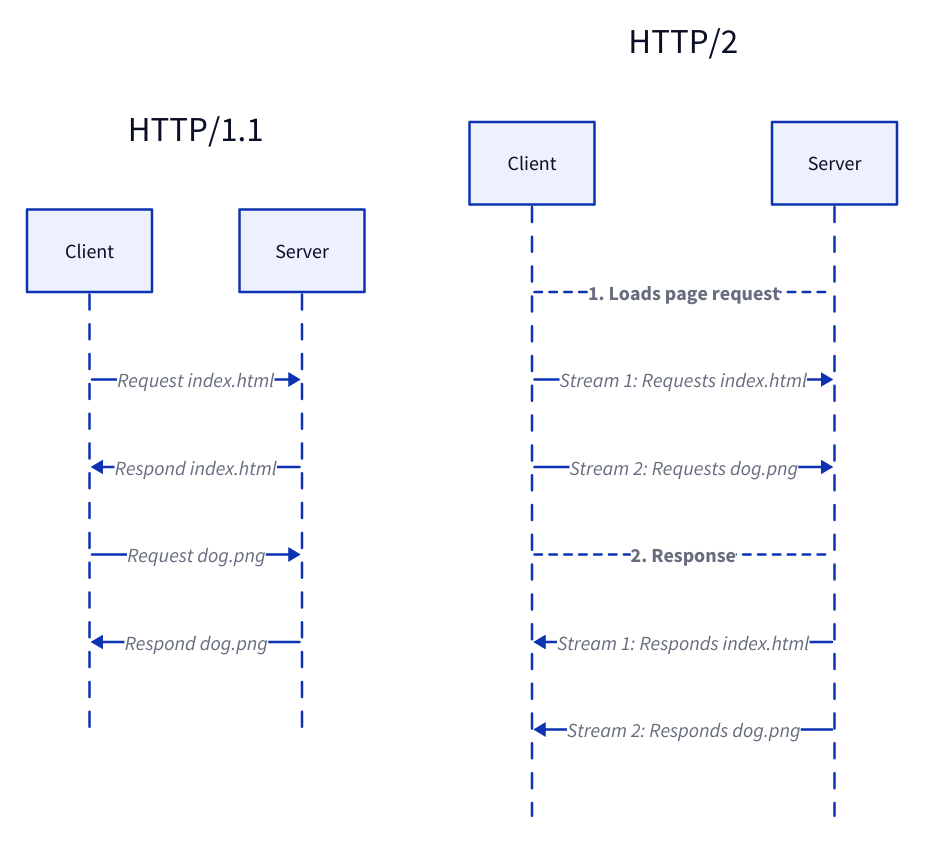
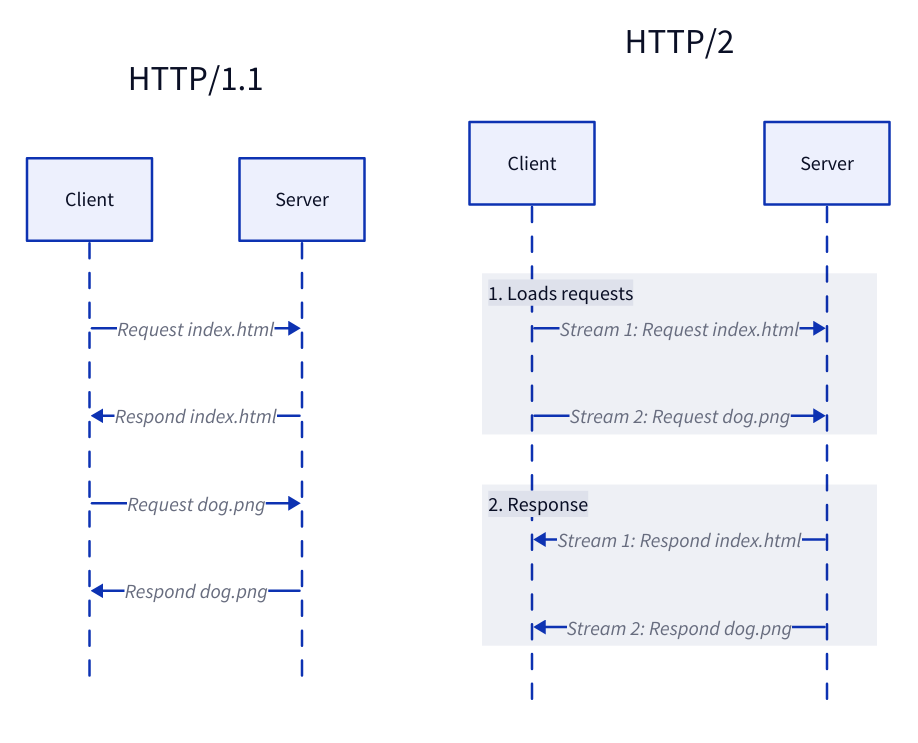
One commit to link1905/system-design-101 changed diagram 11 of 12 in content/docs/web-service/communication-protocols/_index.md. Above: the diagram before and after it, drawn with D2. The commit also changed other lines of this file and 49 other files, not shown here.

````diff
--- a/content/docs/web-service/communication-protocols/_index.md
+++ b/content/docs/web-service/communication-protocols/_index.md
@@ -441,36 +439,32 @@
 ```d2
 "HTTP/1.1" {
   shape: sequence_diagram
   c: Client {
     class: client
   }
   s: Server {
     class: server
   }
   c -> s: Request index.html
   c <- s: Respond index.html
   c -> s: Request dog.png
   c <- s: Respond dog.png
 }
 http2: "HTTP/2" {
   shape: sequence_diagram
   c: Client {
     class: client
   }
   s: Server {
     class: server
   }
-  c -- s: 1. Loads page request {
-    style.stroke-dash: 3
-    style.bold: true
+  "1. Loads requests" {
+    c --> s: Stream 1: Request index.html
+    c --> s: Stream 2: Request dog.png
   }
-  c --> s: Stream 1: Requests index.html
-  c --> s: Stream 2: Requests dog.png
-  c -- s: 2. Response {
-    style.stroke-dash: 3
-    style.bold: true
+  "2. Response" {
+    c <-- s: Stream 1: Respond index.html
+    c <-- s: Stream 2: Respond dog.png
   }
-  c <-- s: Stream 1: Responds index.html
-  c <-- s: Stream 2: Responds dog.png
 }
 ```
````
